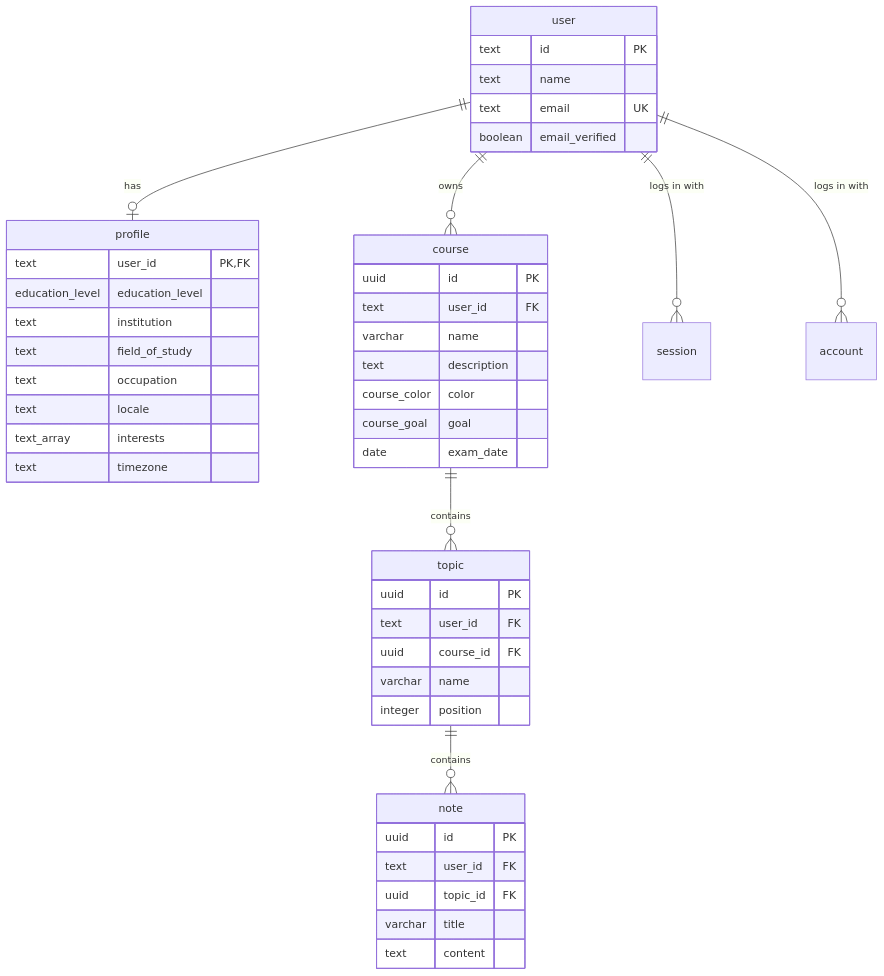
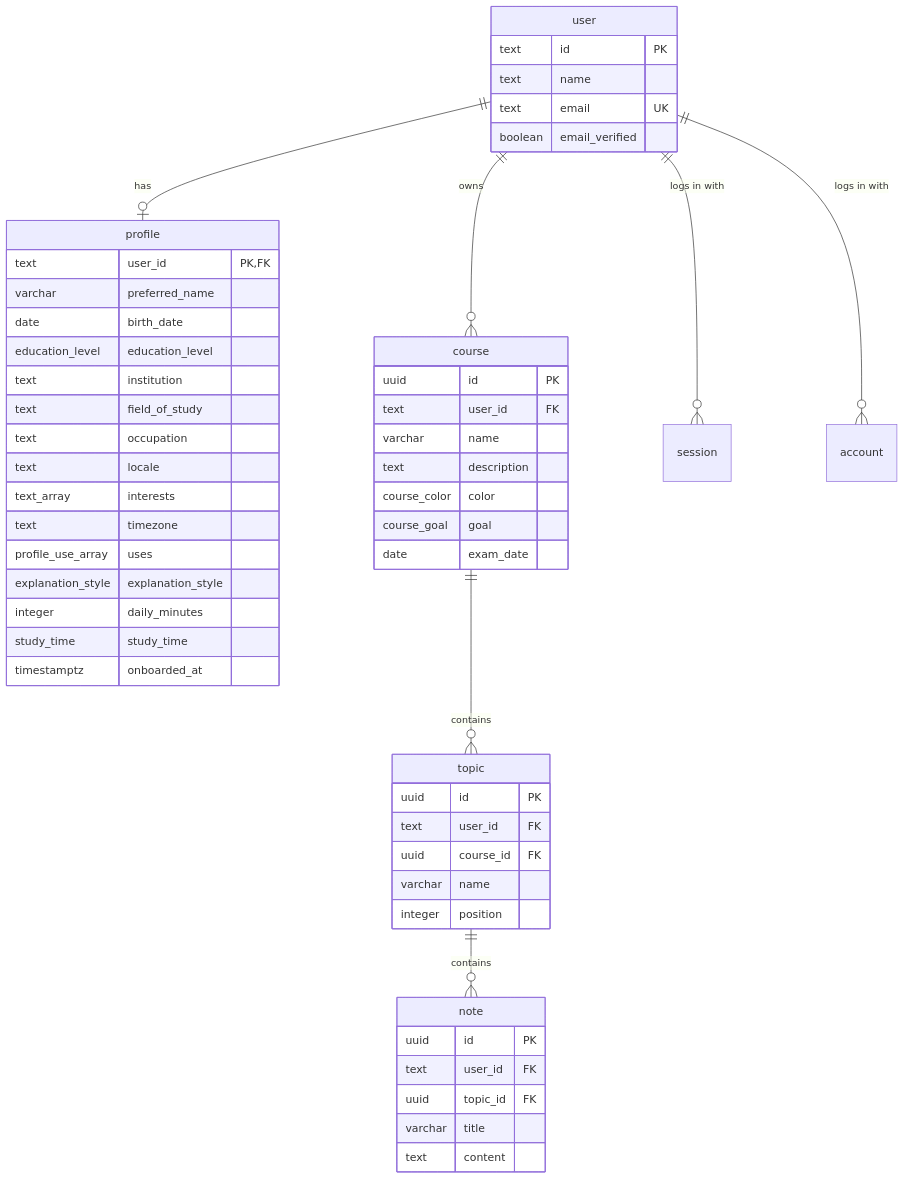
One commit to fyernald/orbi changed the diagram in docs/database.md. Above: the diagram before and after it, drawn with Mermaid. The commit also changed other lines of this file and 80 other files, not shown here.

````diff
--- a/docs/database.md
+++ b/docs/database.md
@@ -7,49 +7,56 @@
 ```mermaid
 erDiagram
     user ||--o| profile : has
     user ||--o{ course : owns
     course ||--o{ topic : contains
     topic ||--o{ note : contains
     user ||--o{ session : "logs in with"
     user ||--o{ account : "logs in with"
 
     user {
         text id PK
         text name
         text email UK
         boolean email_verified
     }
     profile {
         text user_id PK,FK
+        varchar preferred_name
+        date birth_date
         education_level education_level
         text institution
         text field_of_study
         text occupation
         text locale
         text_array interests
         text timezone
+        profile_use_array uses
+        explanation_style explanation_style
+        integer daily_minutes
+        study_time study_time
+        timestamptz onboarded_at
     }
     course {
         uuid id PK
         text user_id FK
         varchar name
         text description
         course_color color
         course_goal goal
         date exam_date
     }
     topic {
         uuid id PK
         text user_id FK
         uuid course_id FK
         varchar name
         integer position
     }
     note {
         uuid id PK
         text user_id FK
         uuid topic_id FK
         varchar title
         text content
     }
 ```
````
